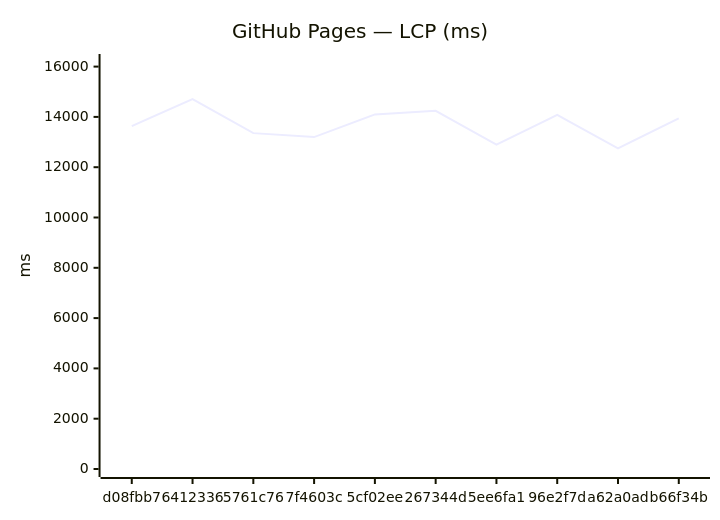
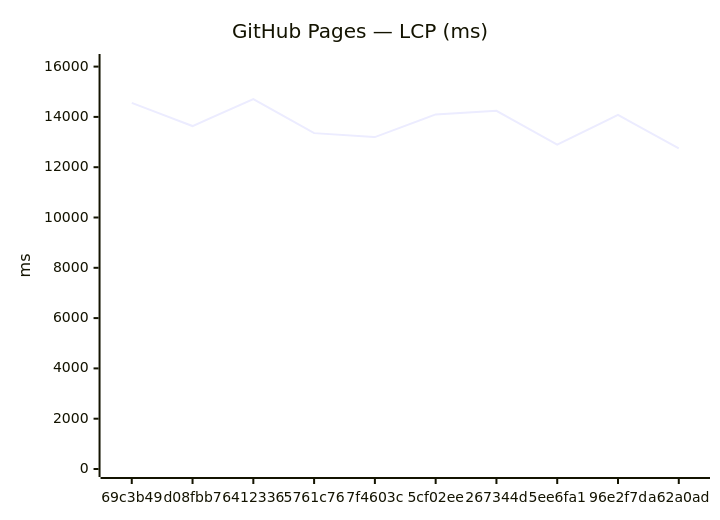
The third of 18 diagrams in benchmarks/compare.md (Metaheurist/Rianell), drawn with Mermaid before and after one commit. The commit also changed other lines of this file and 11 other files, not shown here.

````diff
--- a/benchmarks/compare.md
+++ b/benchmarks/compare.md
@@ -54,7 +54,7 @@
 ```mermaid
 xychart-beta
     title "GitHub Pages — LCP (ms)"
-    x-axis ["d08fbb7", "6412336", "5761c76", "7f4603c", "5cf02ee", "267344d", "5ee6fa1", "96e2f7d", "a62a0ad", "b66f34b"]
+    x-axis ["69c3b49", "d08fbb7", "6412336", "5761c76", "7f4603c", "5cf02ee", "267344d", "5ee6fa1", "96e2f7d", "a62a0ad"]
     y-axis "ms" 0 --> 16183
-    line [13636, 14711, 13355, 13197, 14098, 14242, 12895, 14078, 12749, 13943]
+    line [14556, 13636, 14711, 13355, 13197, 14098, 14242, 12895, 14078, 12749]
 ```
````
